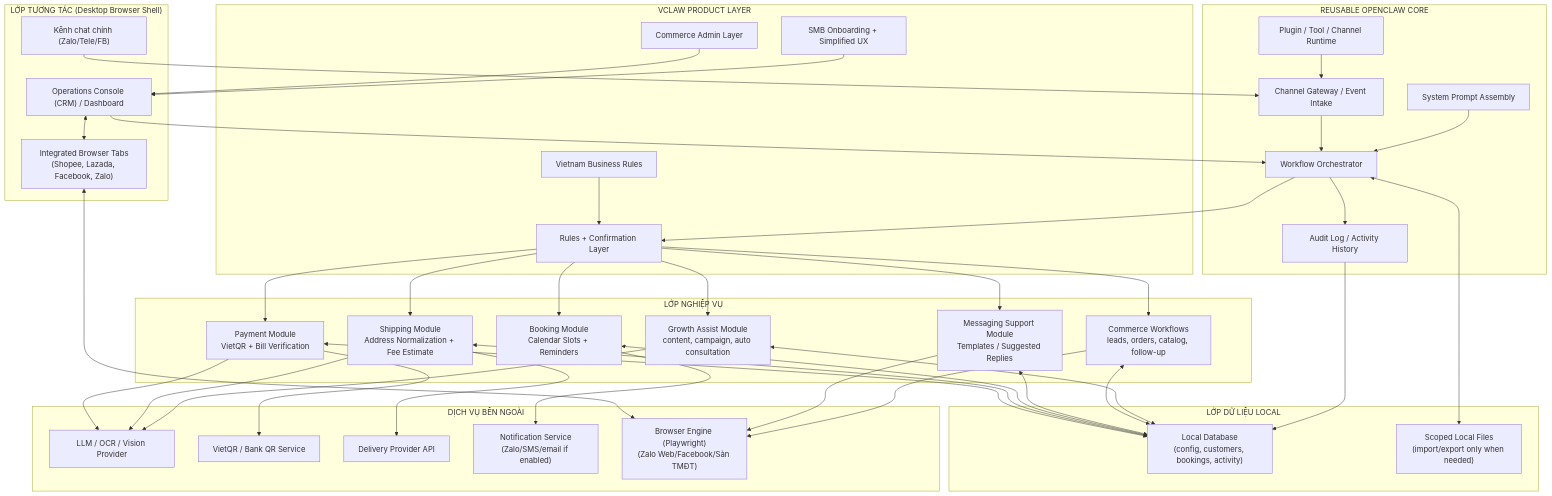
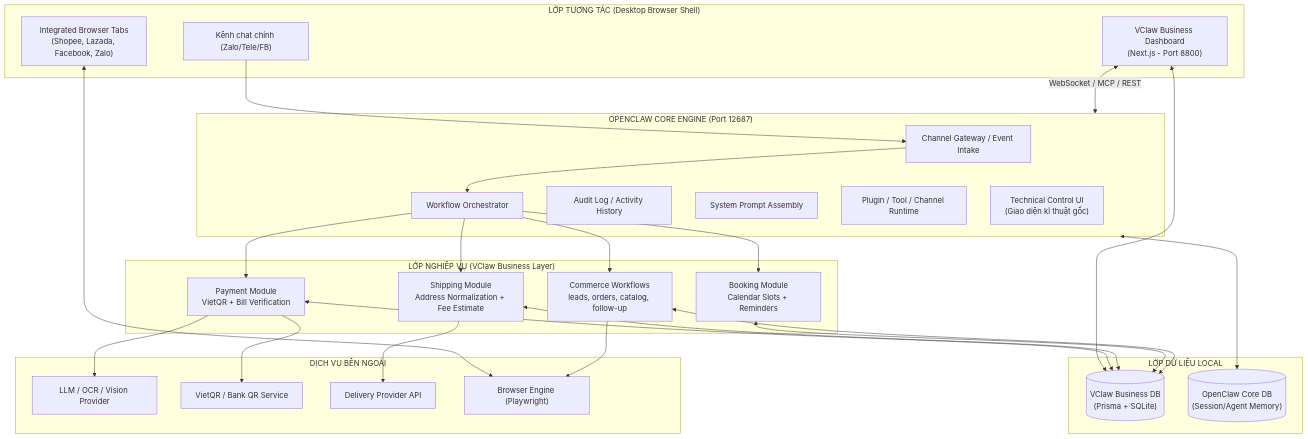
One commit to solana8800/vclaw-ui changed the first of 2 diagrams in vclaw-ui/docs/01-System-Architecture.vi.md. Above: the diagram before and after it, drawn with Mermaid. The commit also changed other lines of this file and 20 other files, not shown here.

Commit message:
refactor: update architecture documentation to define VClaw Business Dashboard and OpenClaw Core separation

````diff
--- a/vclaw-ui/docs/01-System-Architecture.vi.md
+++ b/vclaw-ui/docs/01-System-Architecture.vi.md
@@ -61,80 +61,58 @@
 ```mermaid
 graph TD
     subgraph Client["LỚP TƯƠNG TÁC (Desktop Browser Shell)"]
-        AdminUI["Operations Console (CRM) / Dashboard"]
+        VClawUI["VClaw Business Dashboard\n(Next.js - Port 8800)"]
         BrowserTabs["Integrated Browser Tabs\n(Shopee, Lazada, Facebook, Zalo)"]
         Chat["Kênh chat chính (Zalo/Tele/FB)"]
     end
 
-    subgraph OpenClawCore["REUSABLE OPENCLAW CORE"]
+    subgraph OpenClawEngine["OPENCLAW CORE ENGINE (Port 12687)"]
         Gateway["Channel Gateway / Event Intake"]
         Orchestrator["Workflow Orchestrator"]
         Audit["Audit Log / Activity History"]
         Prompt["System Prompt Assembly"]
         PluginRuntime["Plugin / Tool / Channel Runtime"]
+        ControlUI["Technical Control UI\n(Giao diện kĩ thuật gốc)"]
     end
 
-    subgraph VClawProduct["VCLAW PRODUCT LAYER"]
-        Policy["Rules + Confirmation Layer"]
-        SMBUX["SMB Onboarding + Simplified UX"]
-        BizRules["Vietnam Business Rules"]
-        CommerceAdmin["Commerce Admin Layer"]
-    end
-
-    subgraph Domain["LỚP NGHIỆP VỤ"]
+    subgraph Domain["LỚP NGHIỆP VỤ (VClaw Business Layer)"]
         Payments["Payment Module\nVietQR + Bill Verification"]
         Shipping["Shipping Module\nAddress Normalization + Fee Estimate"]
         Booking["Booking Module\nCalendar Slots + Reminders"]
-        Messaging["Messaging Support Module\nTemplates / Suggested Replies"]
         Commerce["Commerce Workflows\nleads, orders, catalog, follow-up"]
-        GrowthAssist["Growth Assist Module\ncontent, campaign, auto consultation"]
     end
 
     subgraph Data["LỚP DỮ LIỆU LOCAL"]
-        LocalDB["Local Database\n(config, customers, bookings, activity)"]
-        LocalFiles["Scoped Local Files\n(import/export only when needed)"]
+        BizDB[("VClaw Business DB\n(Prisma + SQLite)")]
+        CoreDB[("OpenClaw Core DB\n(Session/Agent Memory)")]
     end
 
     subgraph Integrations["DỊCH VỤ BÊN NGOÀI"]
         AI["LLM / OCR / Vision Provider"]
         QR["VietQR / Bank QR Service"]
         Delivery["Delivery Provider API"]
-        Notify["Notification Service\n(Zalo/SMS/email if enabled)"]
-        Browser["Browser Engine (Playwright)\n(Zalo Web/Facebook/Sàn TMĐT)"]
+        Browser["Browser Engine (Playwright)"]
     end
 
+    VClawUI <-->|"WebSocket / MCP / REST"| OpenClawEngine
+    VClawUI <--> BizDB
+    OpenClawEngine <--> CoreDB
+    
     Chat --> Gateway
-    AdminUI --> Orchestrator
     BrowserTabs <--> Browser
-    AdminUI <--> BrowserTabs
     Gateway --> Orchestrator
-    PluginRuntime --> Gateway
-    Prompt --> Orchestrator
-    CommerceAdmin --> AdminUI
-    Orchestrator --> Policy
-    SMBUX --> AdminUI
-    BizRules --> Policy
-    Policy --> Payments
-    Policy --> Shipping
-    Policy --> Booking
-    Policy --> Messaging
-    Policy --> Commerce
-    Policy --> GrowthAssist
-    Payments <--> LocalDB
-    Shipping <--> LocalDB
-    Booking <--> LocalDB
-    Messaging <--> LocalDB
-    Commerce <--> LocalDB
-    GrowthAssist <--> LocalDB
-    Orchestrator --> Audit
-    Audit --> LocalDB
+    Orchestrator --> Payments
+    Orchestrator --> Shipping
+    Orchestrator --> Booking
+    Orchestrator --> Commerce
+    
+    Payments <--> BizDB
+    Shipping <--> BizDB
+    Booking <--> BizDB
+    Commerce <--> BizDB
+    
     Payments --> QR
     Payments --> AI
-    Shipping --> AI
     Shipping --> Delivery
-    Booking --> Notify
-    GrowthAssist --> AI
-    Orchestrator <--> LocalFiles
-    Messaging --> Browser
     Commerce --> Browser
 ```
````
